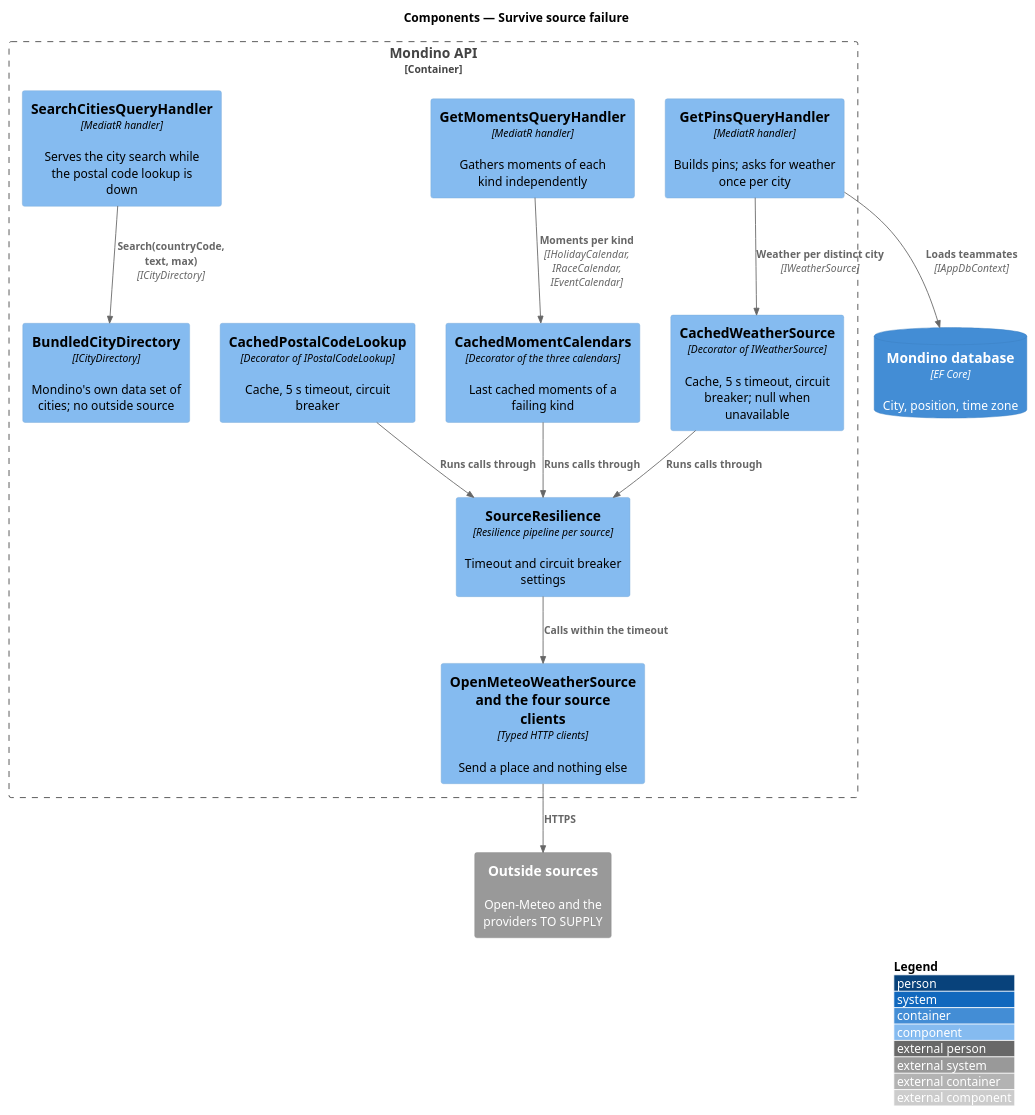
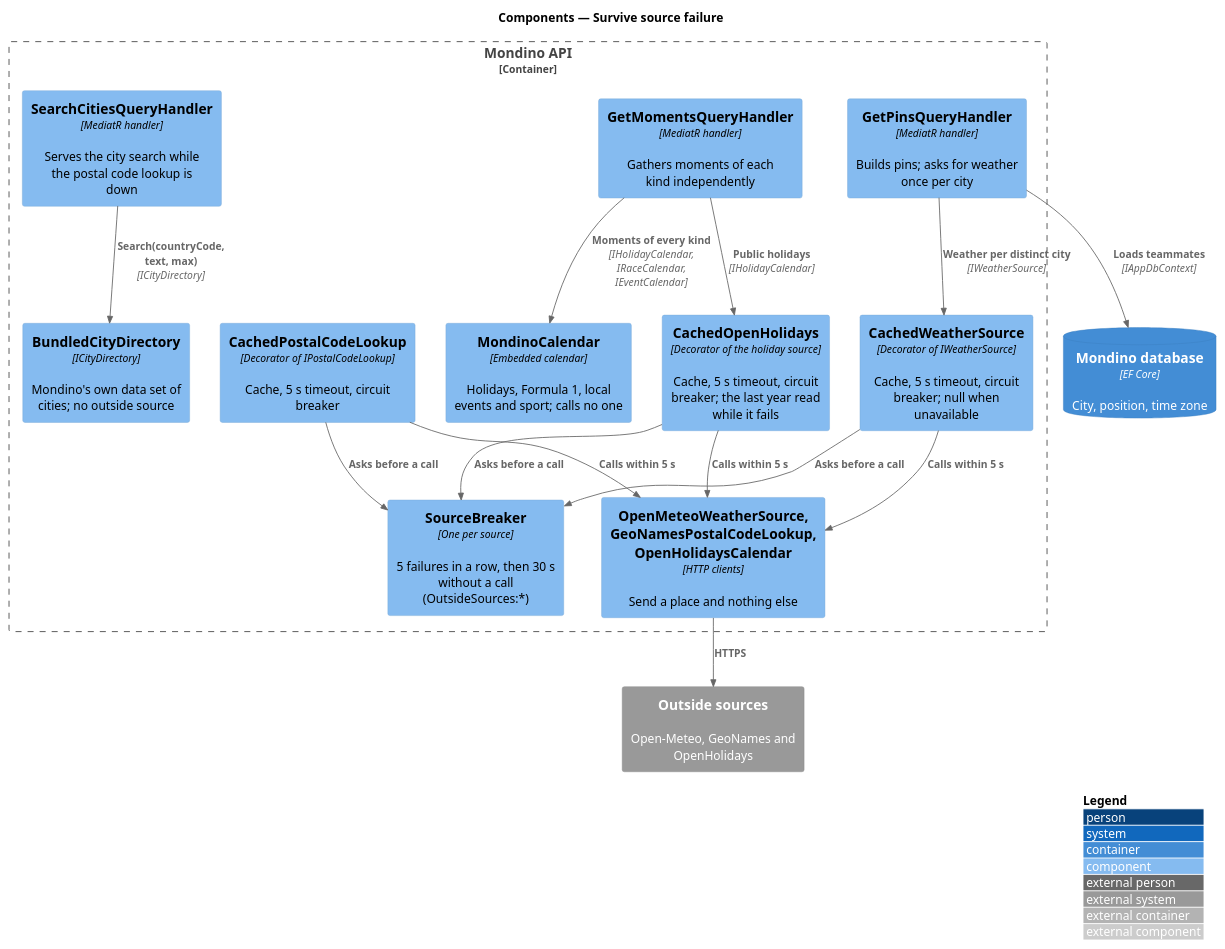
One commit to QuinntyneBrown/Mondino changed the diagram in docs/detailed-designs/platform/survive-source-failure/diagrams/c4-component.puml. Above: the diagram before and after it, drawn with PlantUML. The commit also changed 12 other files, not shown here.

First line of the commit message:
Decide the breaker, older answers and one deadline for outside sources

```diff
--- a/docs/detailed-designs/platform/survive-source-failure/diagrams/c4-component.puml
+++ b/docs/detailed-designs/platform/survive-source-failure/diagrams/c4-component.puml
@@ -1,28 +1,32 @@
 @startuml
 !include <C4/C4_Component>
 LAYOUT_WITH_LEGEND()
 title Components — Survive source failure
 
 Container_Boundary(api, "Mondino API") {
   Component(pins, "GetPinsQueryHandler", "MediatR handler", "Builds pins; asks for weather once per city")
   Component(moments, "GetMomentsQueryHandler", "MediatR handler", "Gathers moments of each kind independently")
   Component(cweather, "CachedWeatherSource", "Decorator of IWeatherSource", "Cache, 5 s timeout, circuit breaker; null when unavailable")
   Component(cpostal, "CachedPostalCodeLookup", "Decorator of IPostalCodeLookup", "Cache, 5 s timeout, circuit breaker")
-  Component(ccal, "CachedMomentCalendars", "Decorator of the three calendars", "Last cached moments of a failing kind")
+  Component(ccal, "CachedOpenHolidays", "Decorator of the holiday source", "Cache, 5 s timeout, circuit breaker; the last year read while it fails")
+  Component(own, "MondinoCalendar", "Embedded calendar", "Holidays, Formula 1, local events and sport; calls no one")
   Component(search, "SearchCitiesQueryHandler", "MediatR handler", "Serves the city search while the postal code lookup is down")
   Component(directory, "BundledCityDirectory", "ICityDirectory", "Mondino's own data set of cities; no outside source")
-  Component(resilience, "SourceResilience", "Resilience pipeline per source", "Timeout and circuit breaker settings")
-  Component(clients, "OpenMeteoWeatherSource and the four source clients", "Typed HTTP clients", "Send a place and nothing else")
+  Component(resilience, "SourceBreaker", "One per source", "5 failures in a row, then 30 s without a call (OutsideSources:*)")
+  Component(clients, "OpenMeteoWeatherSource, GeoNamesPostalCodeLookup, OpenHolidaysCalendar", "HTTP clients", "Send a place and nothing else")
 }
 ContainerDb(db, "Mondino database", "EF Core", "City, position, time zone")
-System_Ext(sources, "Outside sources", "Open-Meteo and the providers TO SUPPLY")
+System_Ext(sources, "Outside sources", "Open-Meteo, GeoNames and OpenHolidays")
 Rel(pins, db, "Loads teammates", "IAppDbContext")
 Rel(pins, cweather, "Weather per distinct city", "IWeatherSource")
-Rel(moments, ccal, "Moments per kind", "IHolidayCalendar, IRaceCalendar, IEventCalendar")
+Rel(moments, ccal, "Public holidays", "IHolidayCalendar")
+Rel(moments, own, "Moments of every kind", "IHolidayCalendar, IRaceCalendar, IEventCalendar")
 Rel(search, directory, "Search(countryCode, text, max)", "ICityDirectory")
-Rel(cweather, resilience, "Runs calls through")
-Rel(cpostal, resilience, "Runs calls through")
-Rel(ccal, resilience, "Runs calls through")
-Rel(resilience, clients, "Calls within the timeout")
+Rel(cweather, resilience, "Asks before a call")
+Rel(cpostal, resilience, "Asks before a call")
+Rel(ccal, resilience, "Asks before a call")
+Rel(cweather, clients, "Calls within 5 s")
+Rel(cpostal, clients, "Calls within 5 s")
+Rel(ccal, clients, "Calls within 5 s")
 Rel(clients, sources, "HTTPS")
 @enduml
```
